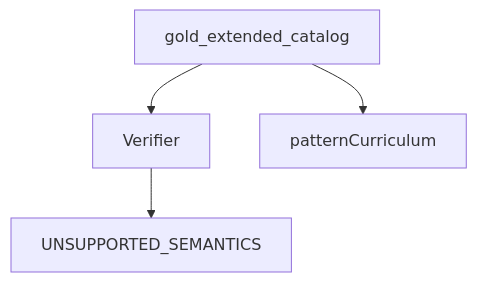
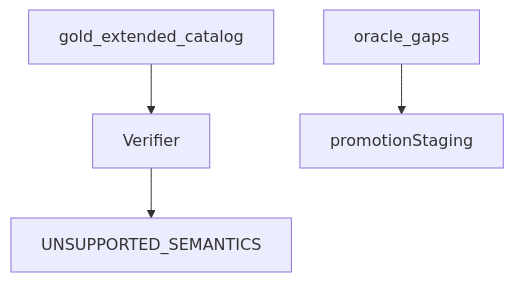
The diagram in src/mtg_loop_engine/corpus/gold_extended/README.md (witzbeck/mtg-loop-engine), drawn with Mermaid before and after one commit. The commit also changed other lines of this file and 36 other files, not shown here.

````diff
--- a/src/mtg_loop_engine/corpus/gold_extended/README.md
+++ b/src/mtg_loop_engine/corpus/gold_extended/README.md
@@ -11,6 +11,6 @@
 ```mermaid
 graph TB;
   stubs[gold_extended_catalog] --> verifier[Verifier];
+  gaps[oracle_gaps] --> staging[promotionStaging];
   verifier --> unsupported[UNSUPPORTED_SEMANTICS];
-  stubs --> curriculum[patternCurriculum];
 ```
````
